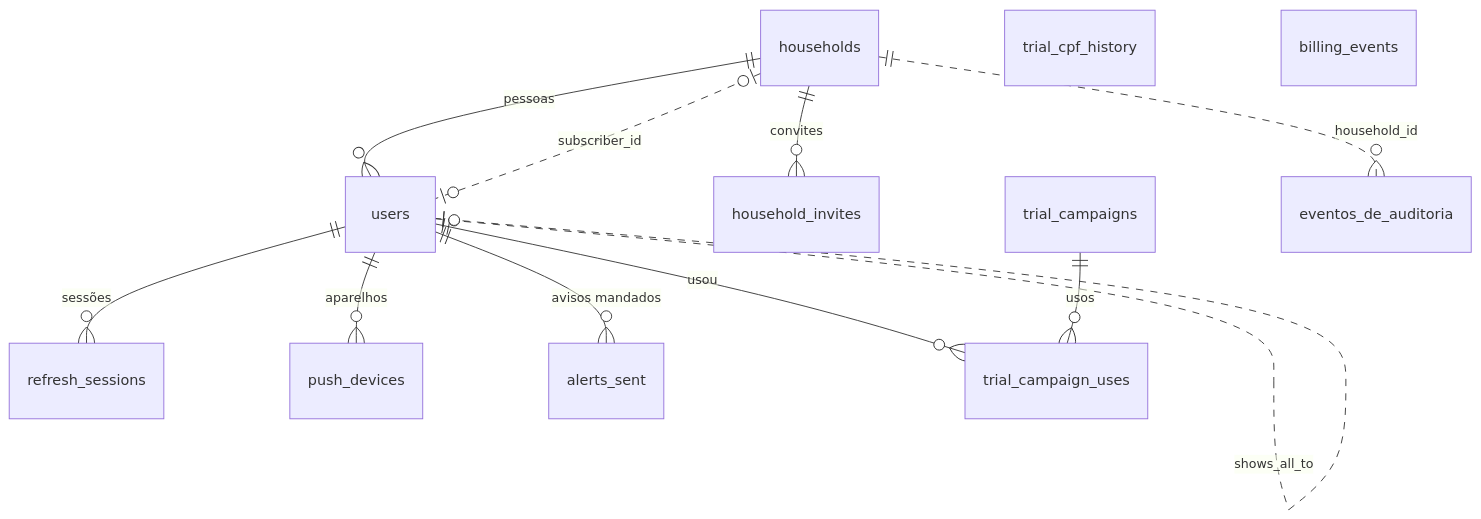
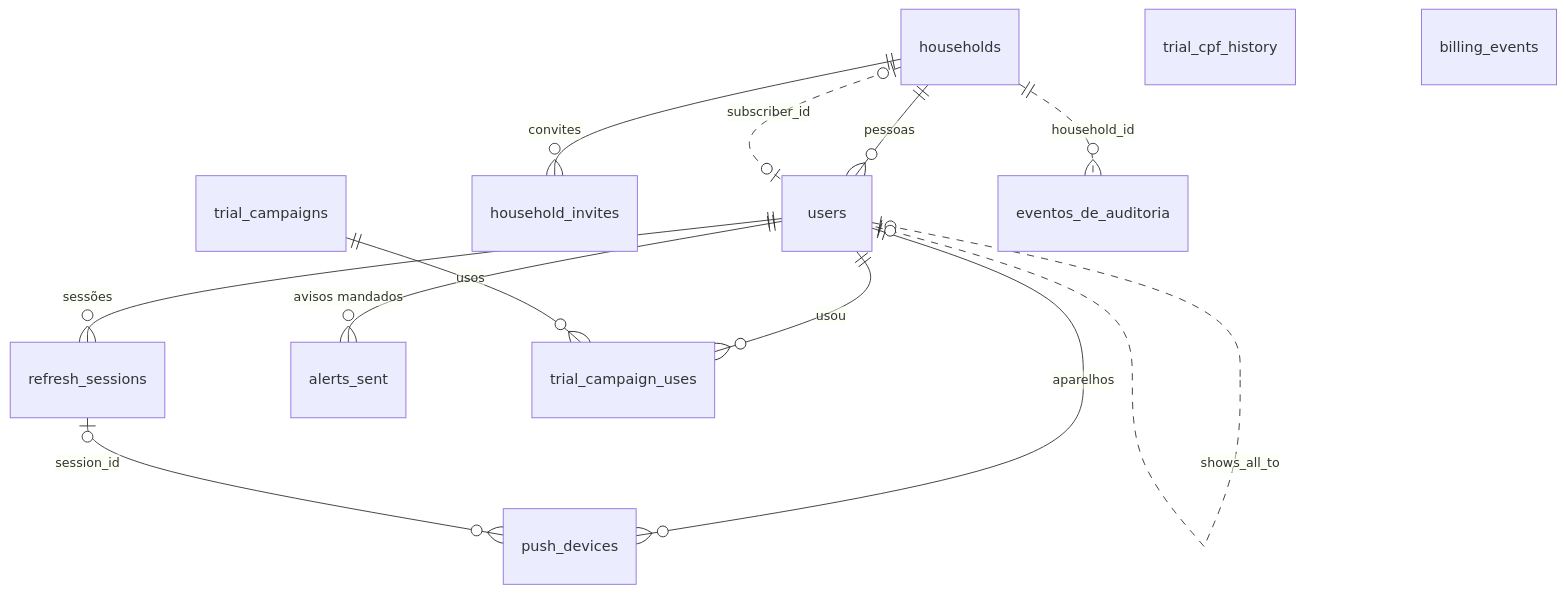
Before and after one commit to Piggubr/cofrinho-app: the second of 7 diagrams in docs/DATA_MODEL.md, drawn with Mermaid. The commit also changed other lines of this file and 14 other files, not shown here.

````diff
--- a/docs/DATA_MODEL.md
+++ b/docs/DATA_MODEL.md
@@ -206,15 +206,16 @@
 ```mermaid
 erDiagram
     households ||--o{ users : "pessoas"
     households ||--o{ household_invites : "convites"
     users ||--o{ refresh_sessions : "sessões"
     users ||--o{ push_devices : "aparelhos"
+    refresh_sessions |o--o{ push_devices : "session_id"
     users ||--o{ alerts_sent : "avisos mandados"
     users ||--o{ trial_campaign_uses : "usou"
     trial_campaigns ||--o{ trial_campaign_uses : "usos"
     households |o..o| users : "subscriber_id"
     users |o..o| users : "shows_all_to"
     households ||..o{ eventos_de_auditoria : "household_id"
     trial_cpf_history
     billing_events
 ```
````
